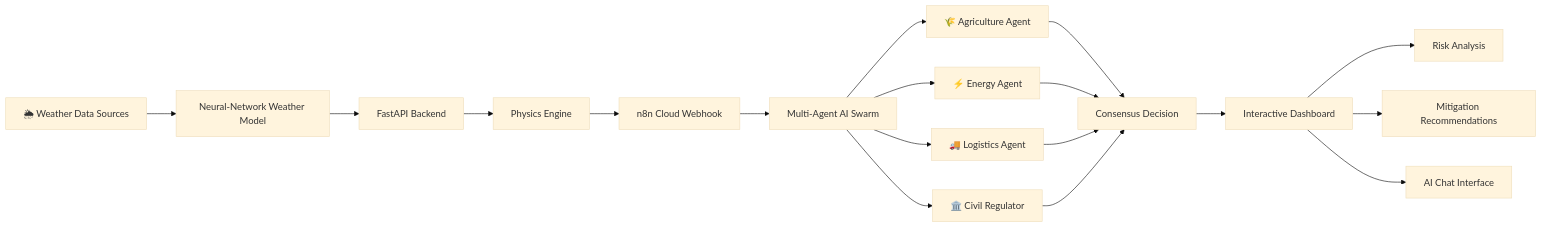
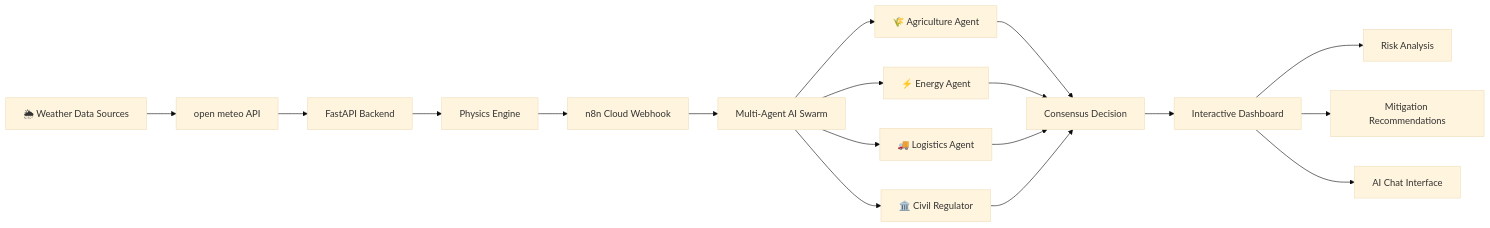
One commit to abdxllxh/WIaaS-Asia changed the diagram in README.md. Above: the diagram before and after it, drawn with Mermaid (base theme). The commit also changed other lines of this file, not shown here.

````diff
--- a/README.md
+++ b/README.md
@@ -68,39 +68,39 @@
 ```mermaid
 flowchart LR
 
 A[🌦 Weather Data Sources]
 
-A --> B[Neural-Network Weather Model]
+A --> B[open meteo API]
 
 B --> C[FastAPI Backend]
 
 C --> D[Physics Engine]
 
 D --> E[n8n Cloud Webhook]
 
 E --> F[Multi-Agent AI Swarm]
 
 F --> G1[🌾 Agriculture Agent]
 
 F --> G2[⚡ Energy Agent]
 
 F --> G3[🚚 Logistics Agent]
 
 F --> G4[🏛️ Civil Regulator]
 
 G1 --> H[Consensus Decision]
 
 G2 --> H
 
 G3 --> H
 
 G4 --> H
 
 H --> I[Interactive Dashboard]
 
 I --> J[Risk Analysis]
 
 I --> K[Mitigation Recommendations]
 
 I --> L[AI Chat Interface]
 ```
````
